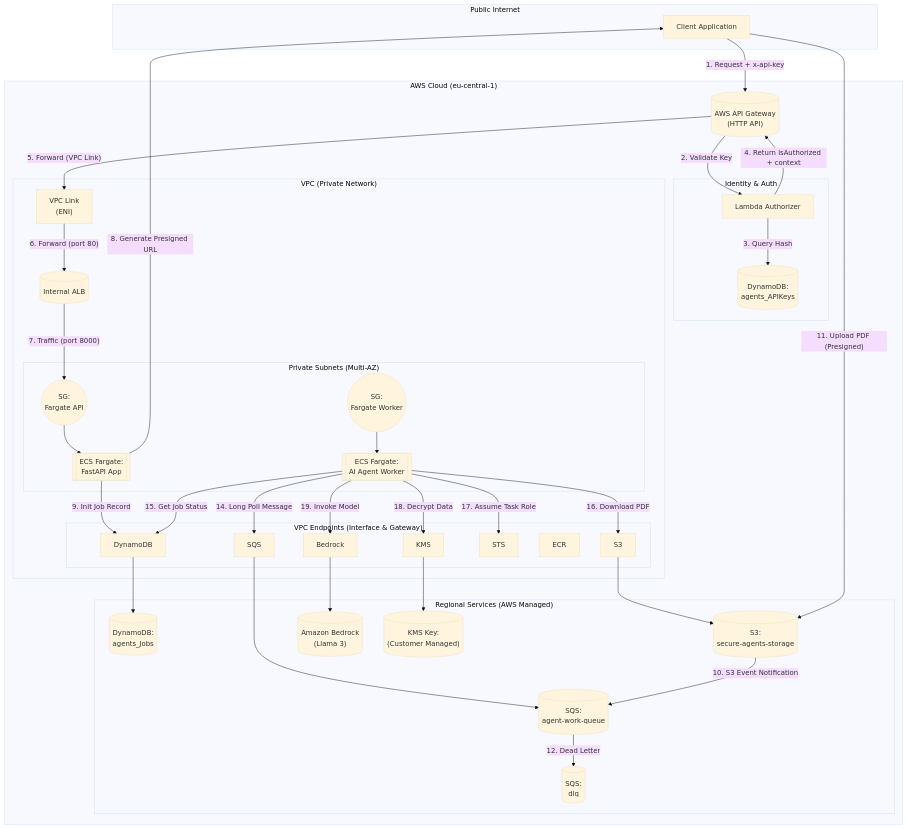
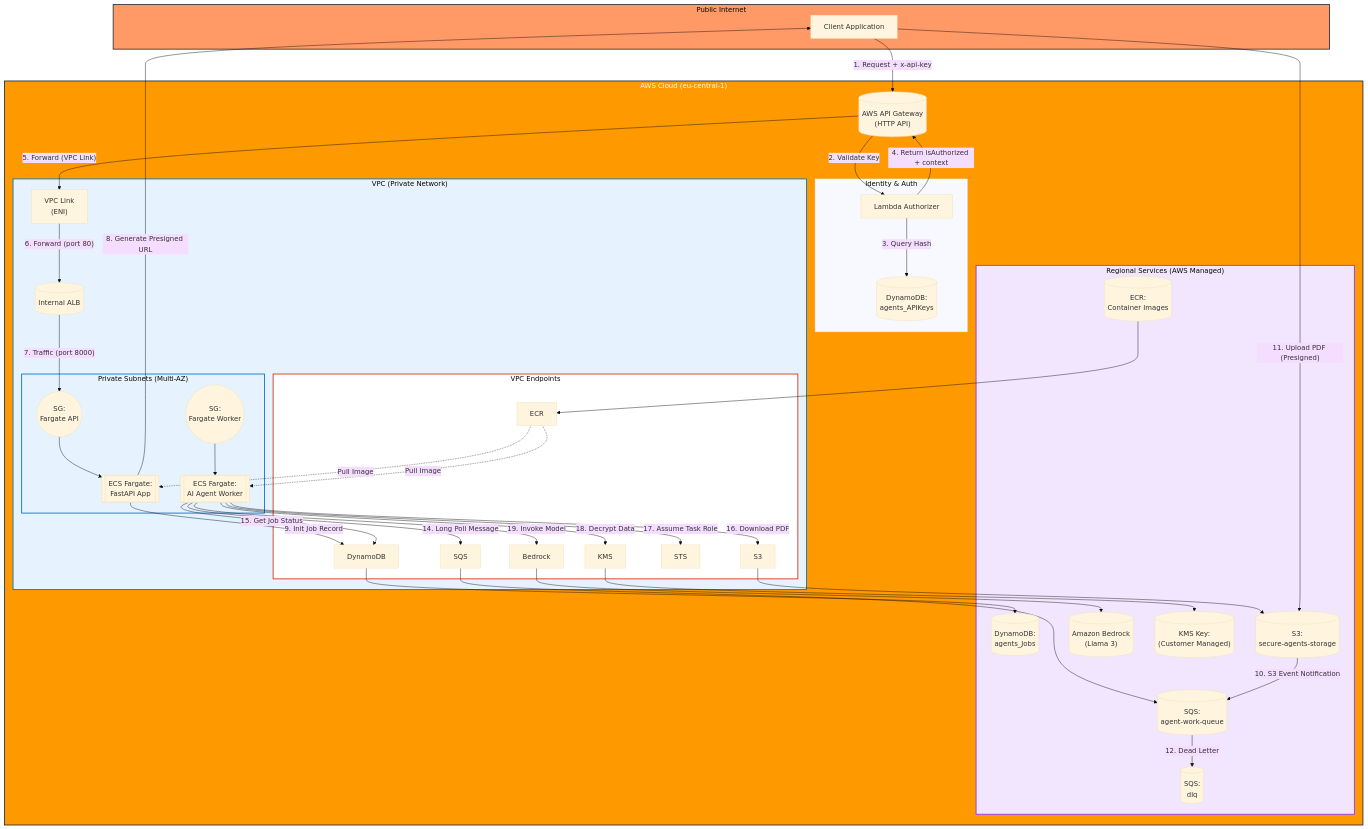
One commit to SteliosSpanos/secure-agents changed the diagram in README.md. Above: the diagram before and after it, drawn with Mermaid (base theme).

Commit message:
Fixes diagram

````diff
--- a/README.md
+++ b/README.md
@@ -11,8 +11,17 @@
 ```mermaid
 graph TD
+  %% Define Styles
+  classDef public fill:#f96,stroke:#333,stroke-width:2px;
+  classDef aws fill:#ff9900,stroke:#232f3e,stroke-width:2px,color:white;
+  classDef vpc fill:#e6f3ff,stroke:#0073bb,stroke-width:2px;
+  classDef endpoint fill:#fff,stroke:#d13212,stroke-width:2px;
+  classDef regional fill:#f2e6ff,stroke:#8c33ff,stroke-width:2px;
+  classDef compute fill:#fff,stroke:#116611,stroke-width:2px;
+
   subgraph PublicInternet["Public Internet"]
     Client["Client Application"]
   end
+  class PublicInternet public;
 
   subgraph AWSCloud["AWS Cloud (eu-central-1)"]
     APIGW[("AWS API Gateway<br>(HTTP API)")]
@@ -29,13 +38,15 @@
       StorageBucket[("S3:<br>secure-agents-storage")]
       BedrockService[("Amazon Bedrock<br>(Llama 3)")]
       KmsKey[("KMS Key:<br>(Customer Managed)")]
+      EcrRegistry[("ECR:<br>Container Images")]
     end
+    class RegionalServices regional;
 
     subgraph VPC["VPC (Private Network)"]
       VpcLinkENI["VPC Link<br>(ENI)"]
       InternalALB[("Internal ALB")]
 
-      subgraph VpcEndpoints["VPC Endpoints (Interface & Gateway)"]
+      subgraph VpcEndpoints["VPC Endpoints"]
         EndpointSQS["SQS"]
         EndpointDynamoDB["DynamoDB"]
         EndpointS3["S3"]
@@ -44,6 +55,7 @@
         EndpointECR["ECR"]
         EndpointBedrock["Bedrock"]
       end
+      class VpcEndpoints endpoint;
 
       subgraph PrivateSubnets["Private Subnets (Multi-AZ)"]
         SgApi(("SG:<br>Fargate API"))
@@ -52,8 +64,11 @@
         ApiService[["ECS Fargate:<br>FastAPI App"]]
         WorkerService[["ECS Fargate:<br>AI Agent Worker"]]
       end
+      class PrivateSubnets vpc;
     end
+    class VPC vpc;
   end
+  class AWSCloud aws;
 
 
   Client -- "1. Request + x-api-key" --> APIGW
@@ -86,4 +101,9 @@
   SgWorker --> WorkerService
   WorkerService -- "19. Invoke Model" --> EndpointBedrock
   EndpointBedrock --> BedrockService
+
+  %% ECR Image Pulls
+  EcrRegistry --> EndpointECR
+  EndpointECR -. "Pull Image" .-> ApiService
+  EndpointECR -. "Pull Image" .-> WorkerService
 ```
````
